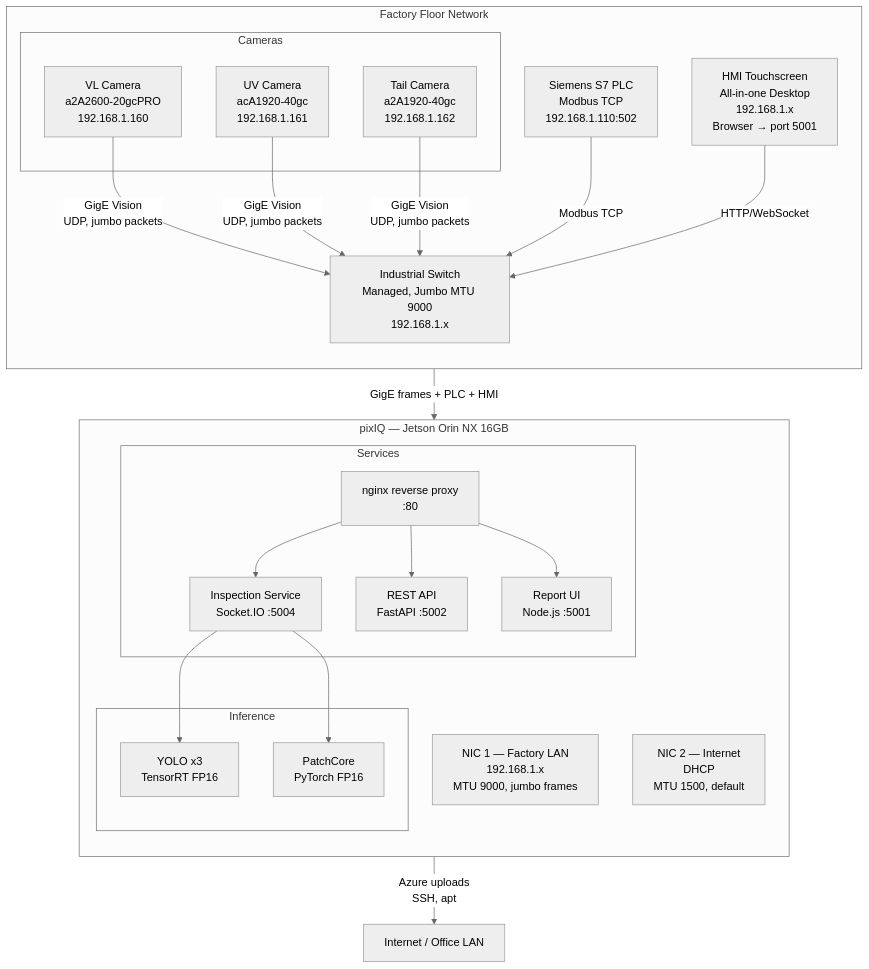
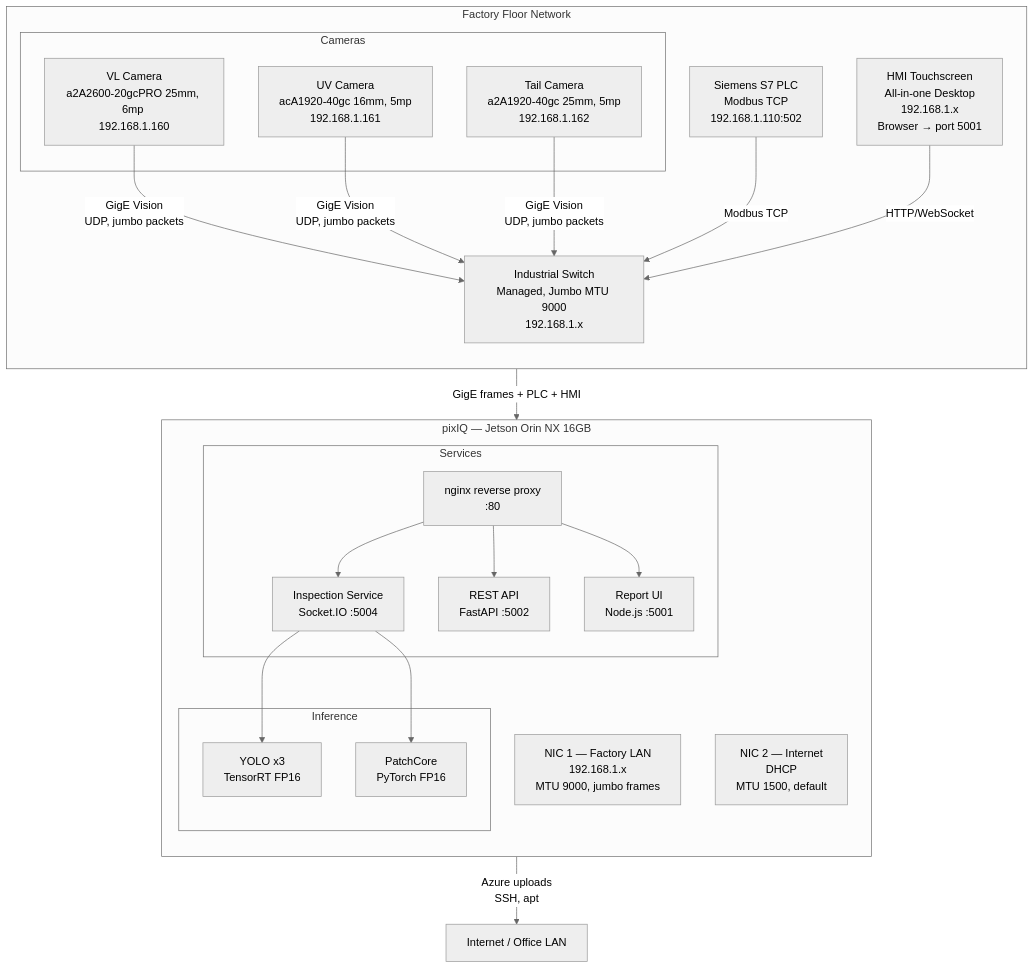
The first of 2 diagrams in docs/17_pixiq_setup.md (vishalr0524/CTS_Pixiq), drawn with Mermaid (neutral theme) before and after one commit. The commit also changed other lines of this file and 18 other files, not shown here.

````diff
--- a/docs/17_pixiq_setup.md
+++ b/docs/17_pixiq_setup.md
@@ -9,49 +9,49 @@
 ```mermaid
 graph TB
     subgraph Factory Floor Network
         direction TB
         SW[Industrial Switch<br/>Managed, Jumbo MTU 9000<br/>192.168.1.x]
 
         subgraph Cameras
-            VL[VL Camera<br/>a2A2600-20gcPRO<br/>192.168.1.160]
-            UV[UV Camera<br/>acA1920-40gc<br/>192.168.1.161]
-            TAIL[Tail Camera<br/>a2A1920-40gc<br/>192.168.1.162]
+            VL[VL Camera<br/>a2A2600-20gcPRO 25mm, 6mp <br/>192.168.1.160]
+            UV[UV Camera<br/>acA1920-40gc 16mm, 5mp<br/>192.168.1.161]
+            TAIL[Tail Camera<br/>a2A1920-40gc 25mm, 5mp<br/>192.168.1.162]
         end
 
         PLC[Siemens S7 PLC<br/>Modbus TCP<br/>192.168.1.110:502]
         HMI[HMI Touchscreen<br/>All-in-one Desktop<br/>192.168.1.x<br/>Browser → port 5001]
 
         VL -->|GigE Vision<br/>UDP, jumbo packets| SW
         UV -->|GigE Vision<br/>UDP, jumbo packets| SW
         TAIL -->|GigE Vision<br/>UDP, jumbo packets| SW
         PLC -->|Modbus TCP| SW
         HMI -->|HTTP/WebSocket| SW
     end
 
     subgraph pixIQ [pixIQ — Jetson Orin NX 16GB]
         direction TB
         NIC1[NIC 1 — Factory LAN<br/>192.168.1.x<br/>MTU 9000, jumbo frames]
         NIC2[NIC 2 — Internet<br/>DHCP<br/>MTU 1500, default]
 
         subgraph Services
             INS[Inspection Service<br/>Socket.IO :5004]
             API[REST API<br/>FastAPI :5002]
             RPT[Report UI<br/>Node.js :5001]
             NGX[nginx reverse proxy<br/>:80]
         end
 
         subgraph Inference
             YOLO[YOLO x3<br/>TensorRT FP16]
             PC[PatchCore<br/>PyTorch FP16]
         end
     end
 
     SW -->|GigE frames + PLC + HMI| NIC1
     NIC2 -->|Azure uploads<br/>SSH, apt| INET[Internet / Office LAN]
 
     NGX --> INS
     NGX --> API
     NGX --> RPT
     INS --> YOLO
     INS --> PC
 ```
````
